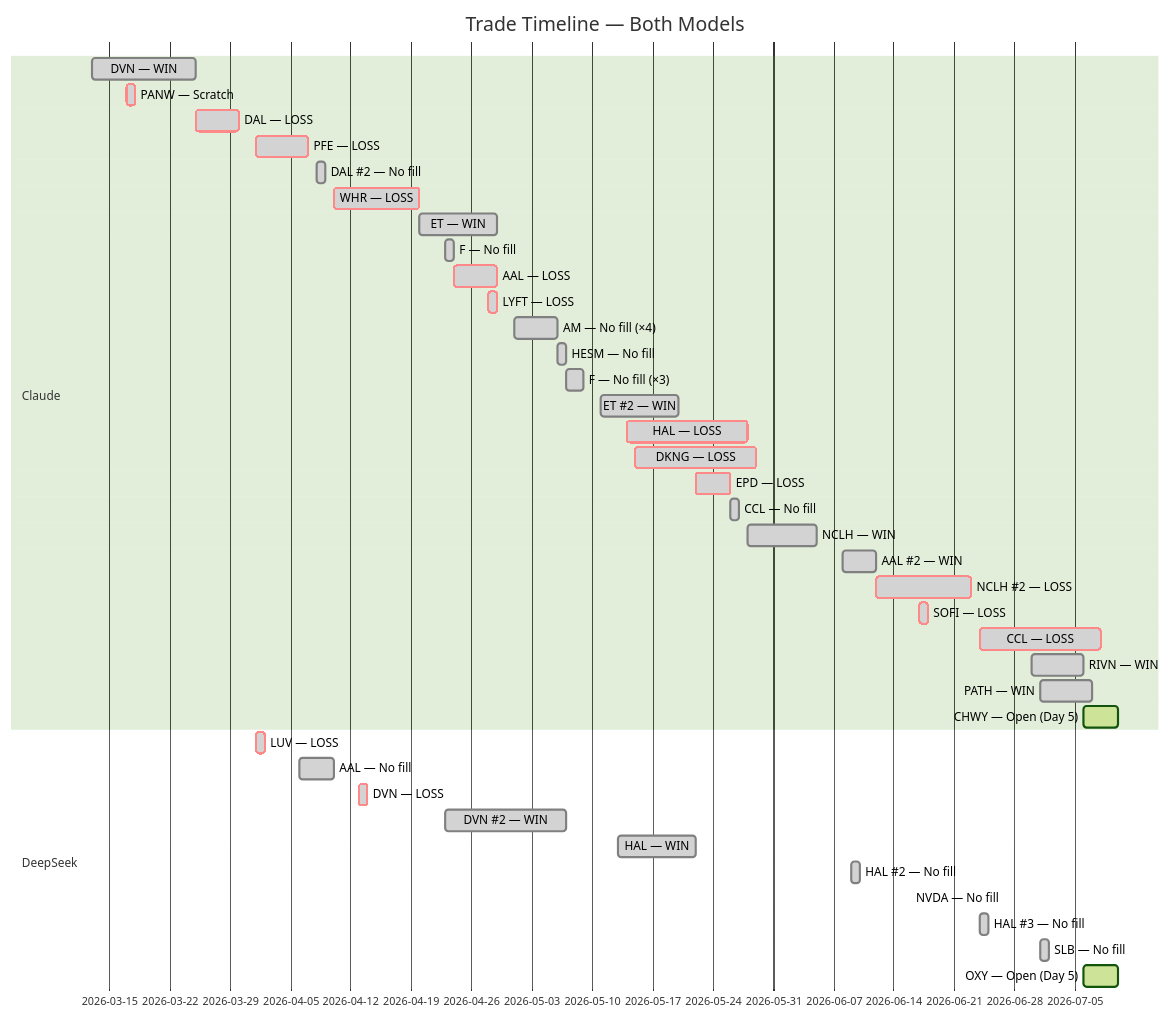
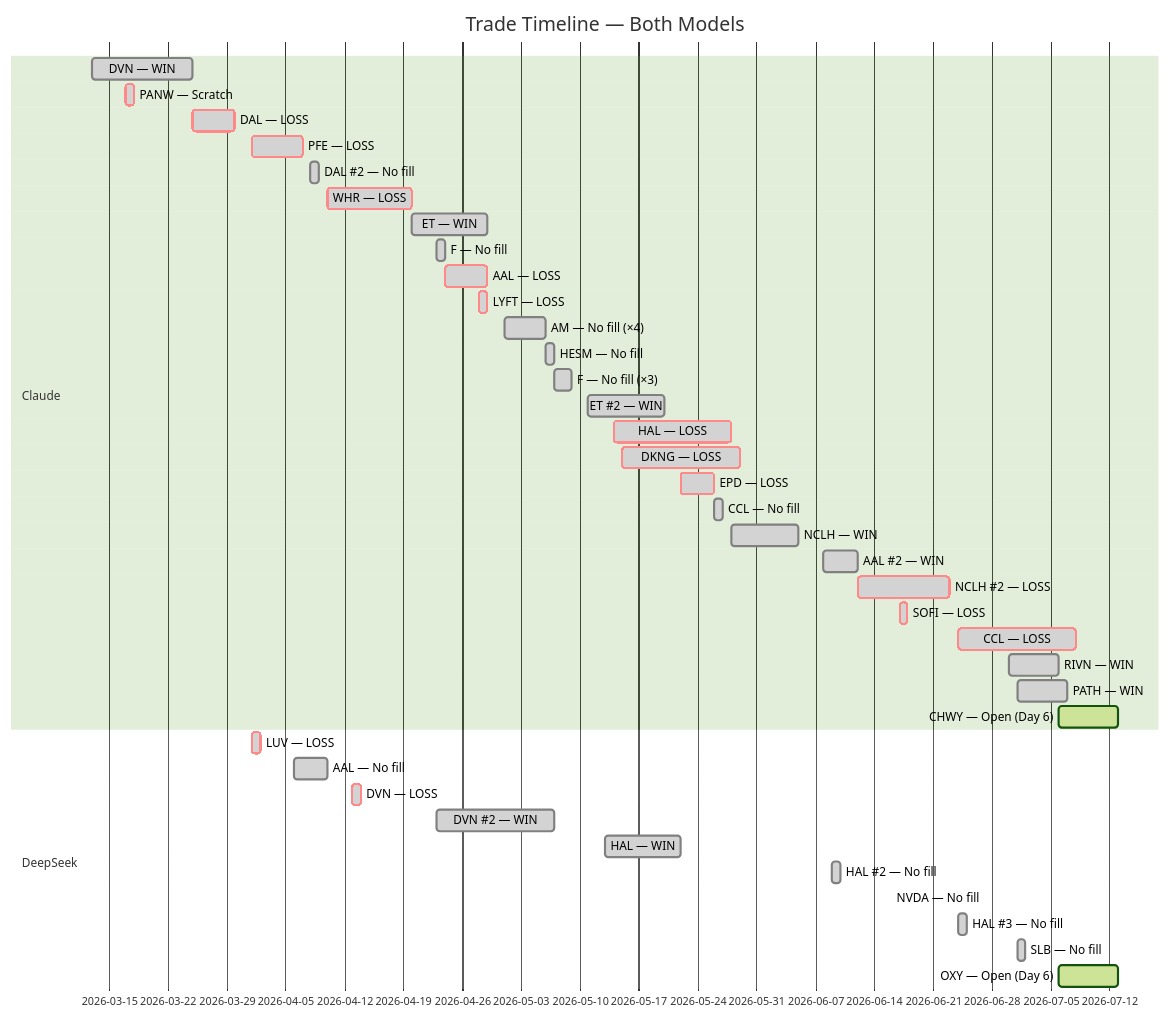
One commit to zachisit/ai-auto-buy-thesis changed the fifth of 5 diagrams in README.md. Above: the diagram before and after it, drawn with Mermaid (forest theme). The commit also changed other lines of this file and 2 other files, not shown here.

````diff
--- a/README.md
+++ b/README.md
@@ -63,43 +63,43 @@
 ```mermaid
 gantt
     title Trade Timeline — Both Models
     dateFormat YYYY-MM-DD
     section Claude
     DVN — WIN            :done,    2026-03-13, 2026-03-25
     PANW — Scratch       :crit, done, 2026-03-17, 2026-03-18
     DAL — LOSS           :crit, done, 2026-03-25, 2026-03-30
     PFE — LOSS           :crit, done, 2026-04-01, 2026-04-07
     DAL #2 — No fill     :done,    2026-04-08, 2026-04-09
     WHR — LOSS           :crit, done, 2026-04-10, 2026-04-20
     ET — WIN             :done,    2026-04-20, 2026-04-29
     F — No fill          :done,    2026-04-23, 2026-04-24
     AAL — LOSS           :crit, done, 2026-04-24, 2026-04-29
     LYFT — LOSS          :crit, done, 2026-04-28, 2026-04-29
     AM — No fill (×4)    :done,    2026-05-01, 2026-05-06
     HESM — No fill       :done,    2026-05-06, 2026-05-07
     F — No fill (×3)     :done,    2026-05-07, 2026-05-09
     ET #2 — WIN          :done,    2026-05-11, 2026-05-20
     HAL — LOSS           :crit, done, 2026-05-14, 2026-05-28
     DKNG — LOSS          :crit, done, 2026-05-15, 2026-05-29
     EPD — LOSS           :crit, done, 2026-05-22, 2026-05-26
     CCL — No fill        :done,    2026-05-26, 2026-05-27
     NCLH — WIN           :done,    2026-05-28, 2026-06-05
     AAL #2 — WIN         :done,    2026-06-08, 2026-06-12
     NCLH #2 — LOSS       :crit, done, 2026-06-12, 2026-06-23
     SOFI — LOSS          :crit, done, 2026-06-17, 2026-06-18
     CCL — LOSS           :crit, done, 2026-06-24, 2026-07-08
     RIVN — WIN           :done,    2026-06-30, 2026-07-06
     PATH — WIN           :done,    2026-07-01, 2026-07-07
-    CHWY — Open (Day 5)  :active,  2026-07-06, 2026-07-10
+    CHWY — Open (Day 6)  :active,  2026-07-06, 2026-07-13
     section DeepSeek
     LUV — LOSS           :crit, done, 2026-04-01, 2026-04-02
     AAL — No fill        :done,    2026-04-06, 2026-04-10
     DVN — LOSS           :crit, done, 2026-04-13, 2026-04-14
     DVN #2 — WIN         :done,    2026-04-23, 2026-05-07
     HAL — WIN            :done,    2026-05-13, 2026-05-22
     HAL #2 — No fill    :done,    2026-06-09, 2026-06-10
     NVDA — No fill      :done,    2026-06-16, 2026-06-16
     HAL #3 — No fill    :done,    2026-06-24, 2026-06-25
     SLB — No fill        :done,    2026-07-01, 2026-07-02
-    OXY — Open (Day 5)   :active,  2026-07-06, 2026-07-10
+    OXY — Open (Day 6)   :active,  2026-07-06, 2026-07-13
 ```
````
